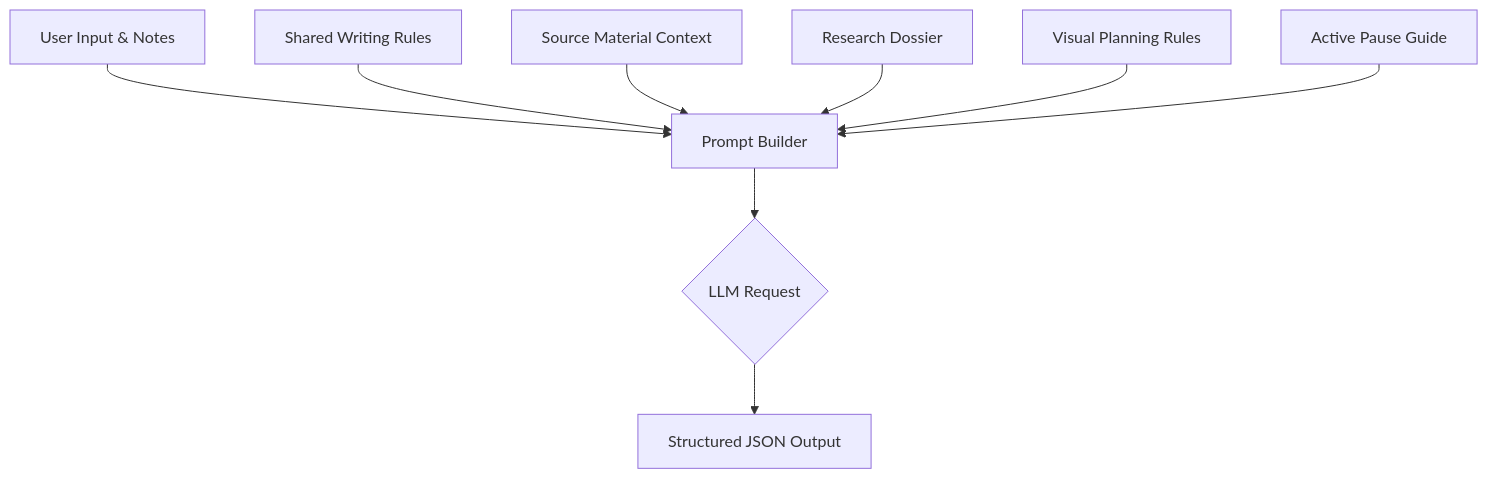
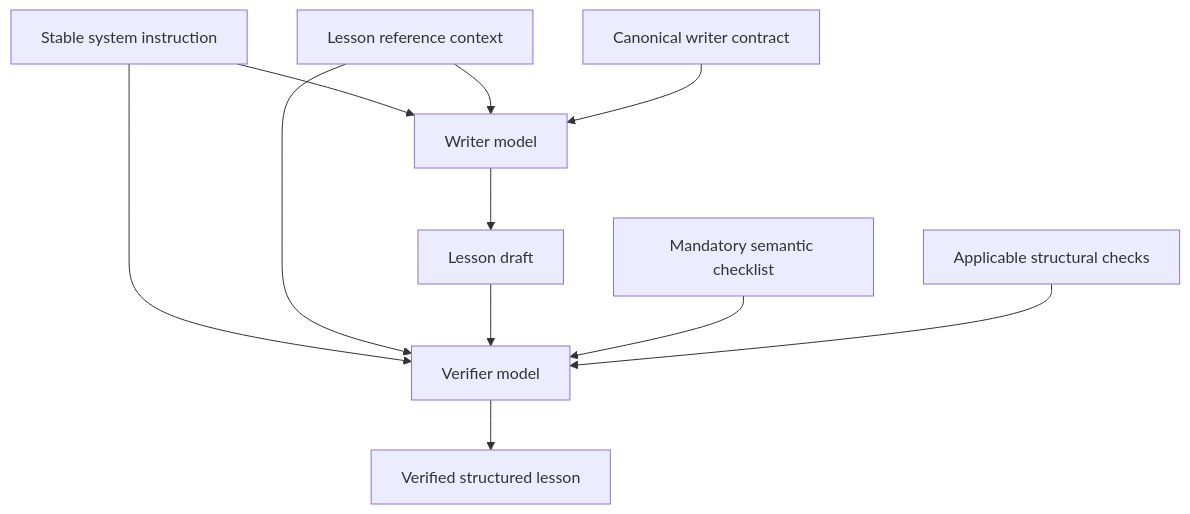
The diagram in .cubic/wiki/07-section-ai/02-p-prompt-engineering.md (immagiov4/Nous), drawn with Mermaid before and after one commit. The commit also changed other lines of this file, not shown here.

Commit message:
Document focused lesson prompt architecture

````diff
--- a/.cubic/wiki/07-section-ai/02-p-prompt-engineering.md
+++ b/.cubic/wiki/07-section-ai/02-p-prompt-engineering.md
@@ -41,11 +64,13 @@
 ```mermaid
 flowchart TD
-    A[User Input & Notes] --> E[Prompt Builder]
-    B[Shared Writing Rules] --> E
-    C[Source Material Context] --> E
-    D[Research Dossier] --> E
-    F[Visual Planning Rules] --> E
-    G[Active Pause Guide] --> E
-    E --> H{LLM Request}
-    H --> I[Structured JSON Output]
+    A[Stable system instruction] --> G[Writer model]
+    B[Lesson reference context] --> G
+    C[Canonical writer contract] --> G
+    G --> D[Lesson draft]
+    A --> V[Verifier model]
+    B --> V
+    D --> V
+    E[Mandatory semantic checklist] --> V
+    F[Applicable structural checks] --> V
+    V --> H[Verified structured lesson]
 ```
````
